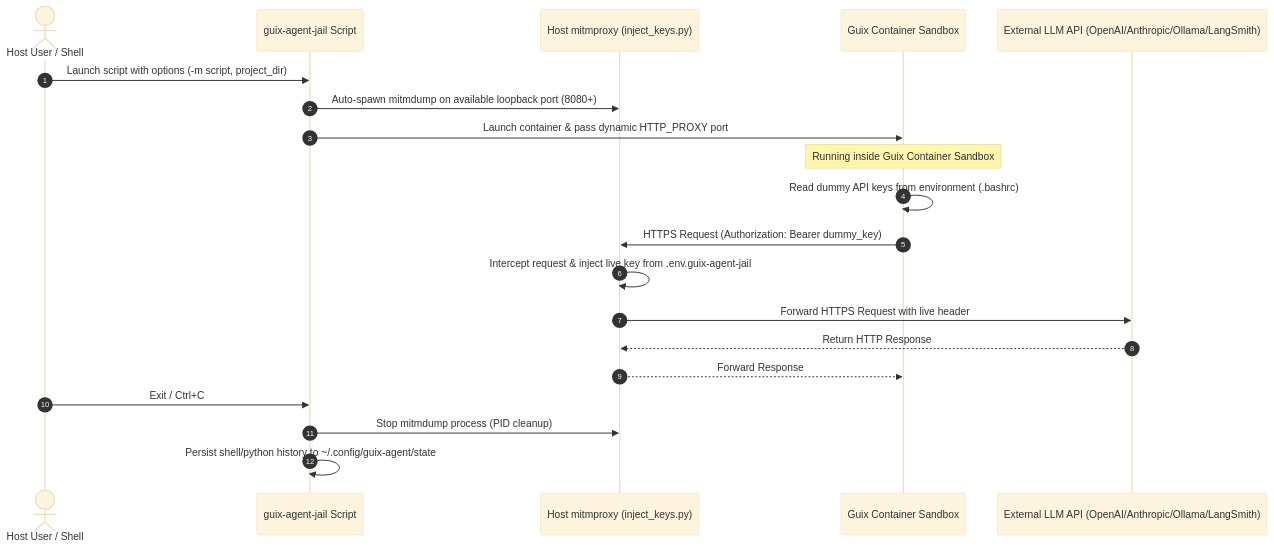
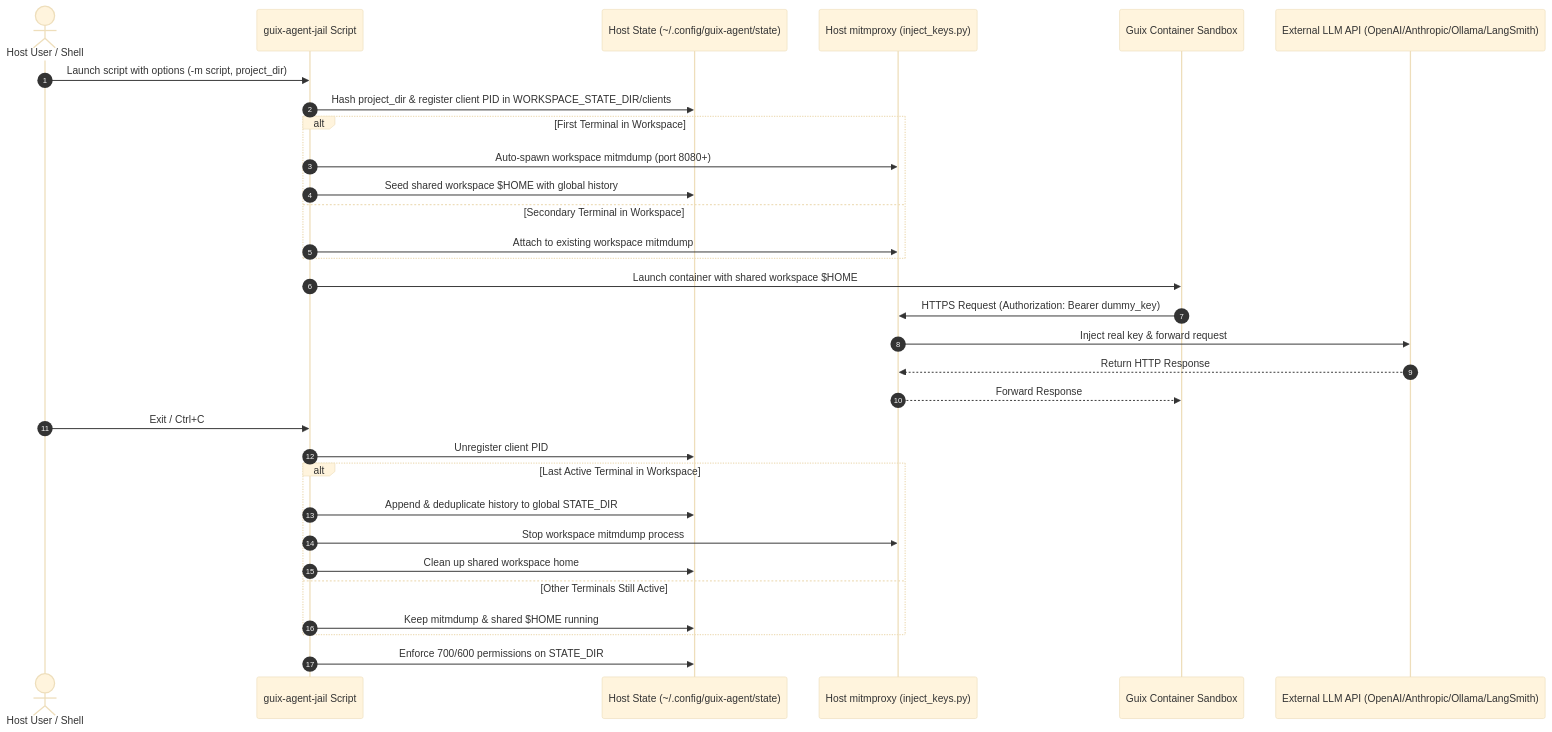
The diagram in README.md (sjholtz/guix-agent-jail), drawn with Mermaid (base theme) before and after one commit. The commit also changed other lines of this file and 2 other files, not shown here.

Commit message:
Added support for multi-terminal sessions and shared workspace state.

````diff
--- a/README.md
+++ b/README.md
@@ -115,23 +123,34 @@
 ```mermaid
 sequenceDiagram
 autonumber
 actor User as Host User / Shell
 participant Jail as guix-agent-jail Script
+participant State as Host State (~/.config/guix-agent/state)
 participant Proxy as Host mitmproxy (inject_keys.py)
 participant Container as Guix Container Sandbox
 participant API as External LLM API (OpenAI/Anthropic/Ollama/LangSmith)
 
 User->>Jail: Launch script with options (-m script, project_dir)
-Jail->>Proxy: Auto-spawn mitmdump on available loopback port (8080+)
-Jail->>Container: Launch container & pass dynamic HTTP_PROXY port
-Note over Container: Running inside Guix Container Sandbox
-Container->>Container: Read dummy API keys from environment (.bashrc)
+Jail->>State: Hash project_dir & register client PID in WORKSPACE_STATE_DIR/clients
+alt First Terminal in Workspace
+Jail->>Proxy: Auto-spawn workspace mitmdump (port 8080+)
+Jail->>State: Seed shared workspace $HOME with global history
+else Secondary Terminal in Workspace
+Jail->>Proxy: Attach to existing workspace mitmdump
+end
+Jail->>Container: Launch container with shared workspace $HOME
 Container->>Proxy: HTTPS Request (Authorization: Bearer dummy_key)
-Proxy->>Proxy: Intercept request & inject live key from .env.guix-agent-jail
-Proxy->>API: Forward HTTPS Request with live header
+Proxy->>API: Inject real key & forward request
 API-->>Proxy: Return HTTP Response
 Proxy-->>Container: Forward Response
 User->>Jail: Exit / Ctrl+C
-Jail->>Proxy: Stop mitmdump process (PID cleanup)
-Jail->>Jail: Persist shell/python history to ~/.config/guix-agent/state
+Jail->>State: Unregister client PID
+alt Last Active Terminal in Workspace
+Jail->>State: Append & deduplicate history to global STATE_DIR
+Jail->>Proxy: Stop workspace mitmdump process
+Jail->>State: Clean up shared workspace home
+else Other Terminals Still Active
+Jail->>State: Keep mitmdump & shared $HOME running
+end
+Jail->>State: Enforce 700/600 permissions on STATE_DIR
 ```
````
